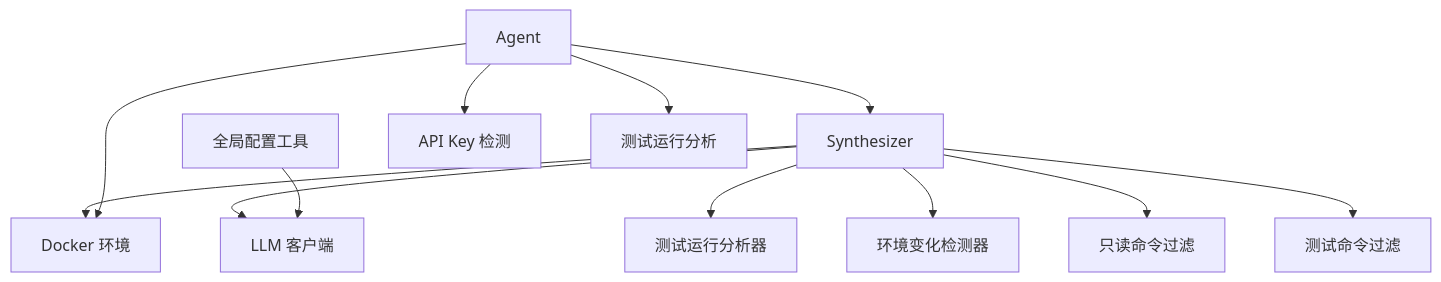
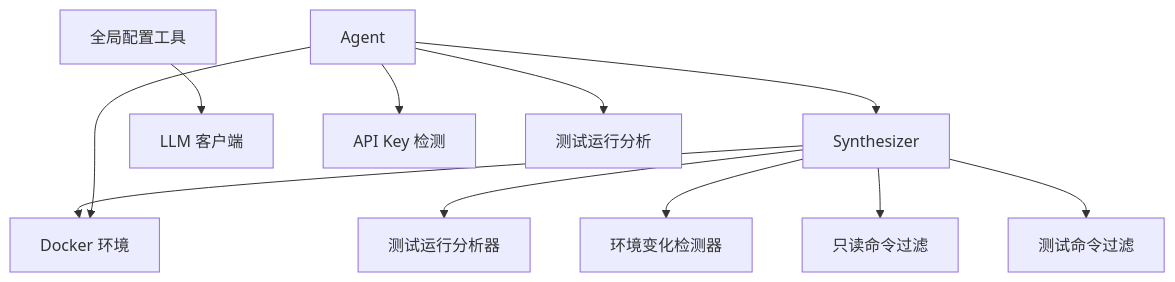
Before and after one commit to Jayint/Jayint-repo: diagram 11 of 11 in .qoder/repowiki/zh/content/核心组件/Synthesizer 模块/Synthesizer 模块.md, drawn with Mermaid. The commit also changed other lines of this file and 398 other files, not shown here.

````diff
--- a/.qoder/repowiki/zh/content/核心组件/Synthesizer 模块/Synthesizer 模块.md
+++ b/.qoder/repowiki/zh/content/核心组件/Synthesizer 模块/Synthesizer 模块.md
@@ -537,14 +466,13 @@
 ```mermaid
 graph TB
 Synth["Synthesizer"] --> DockerEnv["Docker 环境"]
-Synth --> LLM["LLM 客户端"]
 Synth --> TestAnalyzer["测试运行分析器"]
 Synth --> EnvDetector["环境变化检测器"]
 Synth --> ReadOnlyFilter["只读命令过滤"]
 Synth --> TestFilter["测试命令过滤"]
-Config["全局配置工具"] --> LLM
+Config["全局配置工具"] --> LLM["LLM 客户端"]
 Agent["Agent"] --> Synth
 Agent --> DockerEnv
 Agent --> ApiKeyDetection["API Key 检测"]
 Agent --> TestAnalysis["测试运行分析"]
 ```
````
